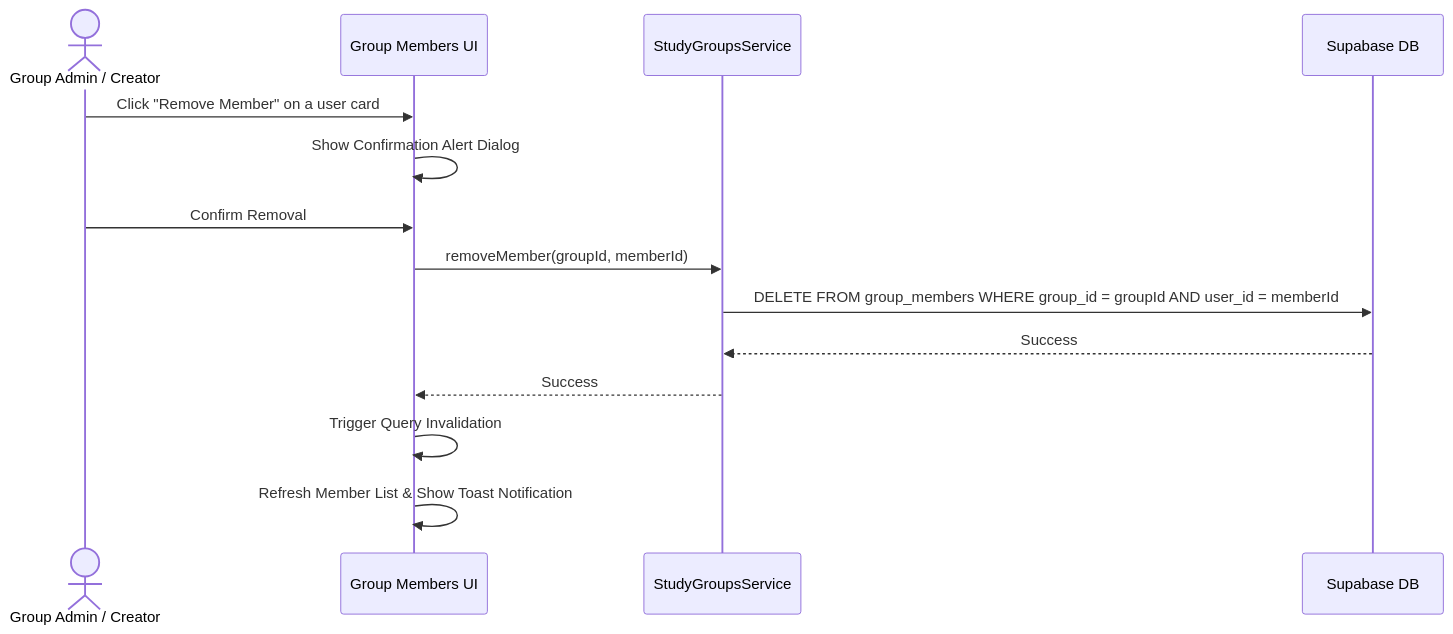
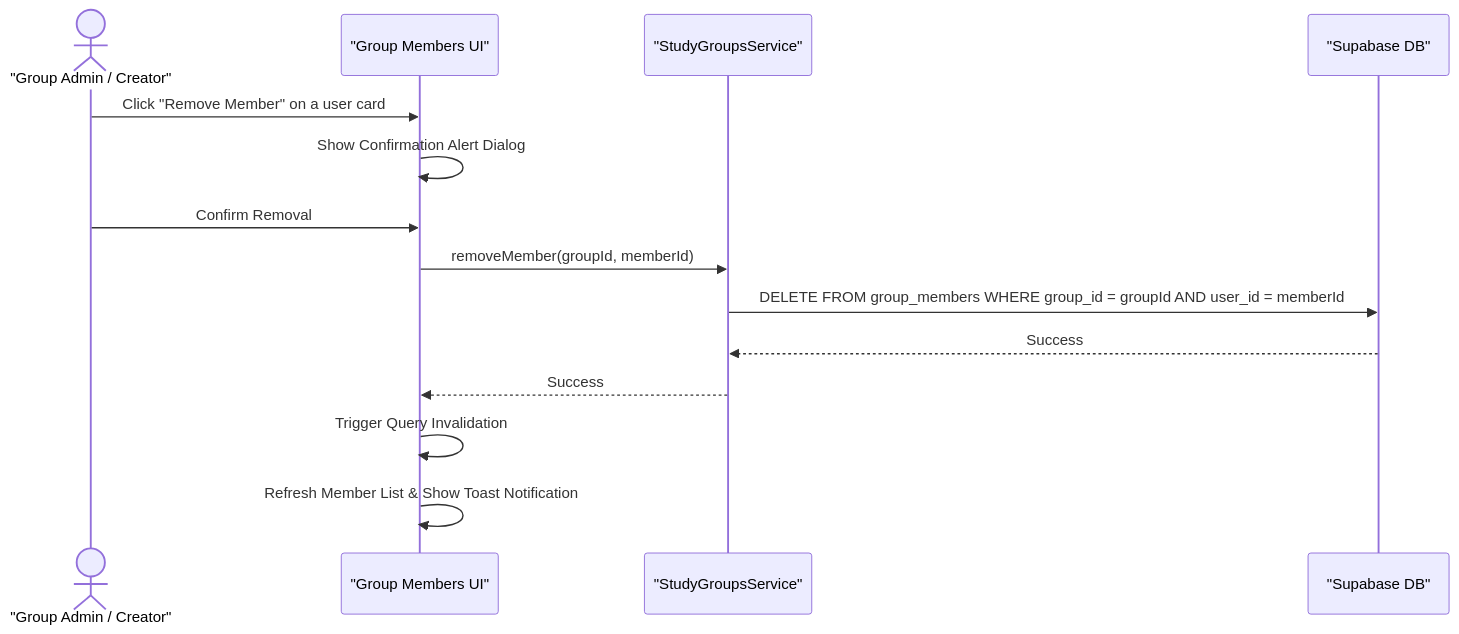
The diagram in docs/study_groups.md (OuiHui/StudySync), drawn with Mermaid before and after one commit. The commit also changed other lines of this file and 7 other files, not shown here.

````diff
--- a/docs/study_groups.md
+++ b/docs/study_groups.md
@@ -112,17 +115,17 @@
 ```mermaid
 sequenceDiagram
-    actor Admin as Group Admin / Creator
-    participant UI as Group Members UI
-    participant API as StudyGroupsService
-    participant DB as Supabase DB
+    actor Admin as "Group Admin / Creator"
+    participant UI as "Group Members UI"
+    participant API as "StudyGroupsService"
+    participant DB as "Supabase DB"
 
     Admin->>UI: Click "Remove Member" on a user card
     UI->>UI: Show Confirmation Alert Dialog
     Admin->>UI: Confirm Removal
     UI->>API: removeMember(groupId, memberId)
     API->>DB: DELETE FROM group_members WHERE group_id = groupId AND user_id = memberId
     DB-->>API: Success
     API-->>UI: Success
     UI->>UI: Trigger Query Invalidation
     UI->>UI: Refresh Member List & Show Toast Notification
 ```
````
